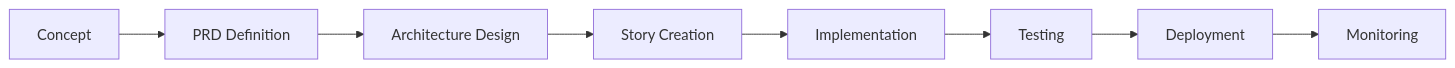
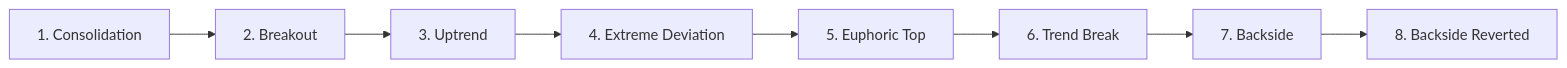
Before and after one commit to mdthewzrd/sm-playbook: the diagram in README.md, drawn with Mermaid. The commit also changed other lines of this file, not shown here.

First line of the commit message:
feat: Update main README with next-generation design and comprehensive documentation

````diff
--- a/README.md
+++ b/README.md
@@ -305,10 +114,10 @@
 ```mermaid
 graph LR
-    A[Concept] --> B[PRD Definition]
-    B --> C[Architecture Design]
-    C --> D[Story Creation]
-    D --> E[Implementation]
-    E --> F[Testing]
-    F --> G[Deployment]
-    G --> H[Monitoring]
+    A[1. Consolidation] --> B[2. Breakout]
+    B --> C[3. Uptrend]
+    C --> D[4. Extreme Deviation]
+    D --> E[5. Euphoric Top]
+    E --> F[6. Trend Break]
+    F --> G[7. Backside]
+    G --> H[8. Backside Reverted]
 ```
````
